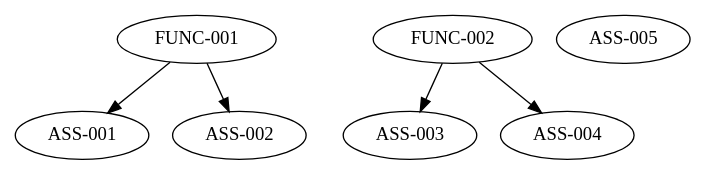
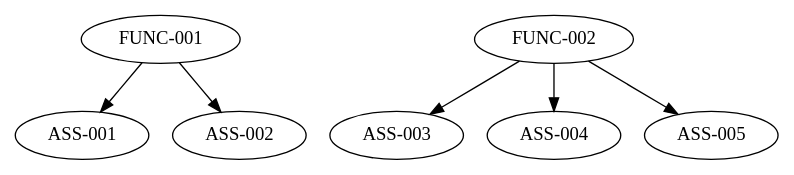
The diagram in .dotstop.dot (SEAME-pt/Team5_Senna_Tech), drawn with Graphviz before and after one commit. The commit also changed 1 other file, not shown here.

Commit message:
~ | created link FUNC-OO2 -> ASS-005

```diff
--- a/.dotstop.dot
+++ b/.dotstop.dot
@@ -1,16 +1,17 @@
 # This file is automatically generated by dotstop and should not be edited manually.
 # Generated using trustable 2025.10.22.
 
 digraph G {
 "FUNC-001" [sha="4b0c44a7bc5ffb7397af226c1cef7051d97b010ee3e37790f7888781e1f821e6"];
 "ASS-001" [sha="1c7098f004918eb922a6f970bcc6e24d73d5707541f504e977737d6f66799d92"];
 "ASS-002" [sha="91af5187968cd90fcfd7e5ed668c460c406df6c16230960652d03a8bab2153c8"];
 "ASS-003" [sha="7e6ea3173498d264ece5fe4c87841e9dec23623c2fd36c27ef671133f09c1400"];
 "ASS-004" [sha="66f2b5973b1cdef5d772fc763c2b49b8842e54dfca9bae85d03b0c49151d7bf3"];
 "ASS-005" [sha="70d99902e59b27dddc476aa1364e399198e67090bc08c3ede14d9732e05ae5b4"];
 "FUNC-002" [sha="df7dd733cbee8fd5209fbe60fb4e167fd153849bac6ee58c87f1c204dc88069f"];
 "FUNC-001" -> "ASS-001" [sha="9ecfb583ca110908b74cffb8598600b471049d4178a3e340525756be7d79af1d"];
 "FUNC-001" -> "ASS-002" [sha="bb0a0db7d164c82af6241088eba6c118468f88c6dc8eac918e4aa59cc001d248"];
 "FUNC-002" -> "ASS-003" [sha="b9fd7a150419cd45981f9c868015e7542f897860c67385a418e8e21883b2d1f0"];
 "FUNC-002" -> "ASS-004" [sha="9d115a7a093857a0e0673b895b11f34a14c6ac4f89089d5f959b0c54b40e2328"];
+"FUNC-002" -> "ASS-005" [sha="5a8768612064b08b02fc5b72489cc5f29295744418db7ccf106c564efa77790f"];
 }
```
